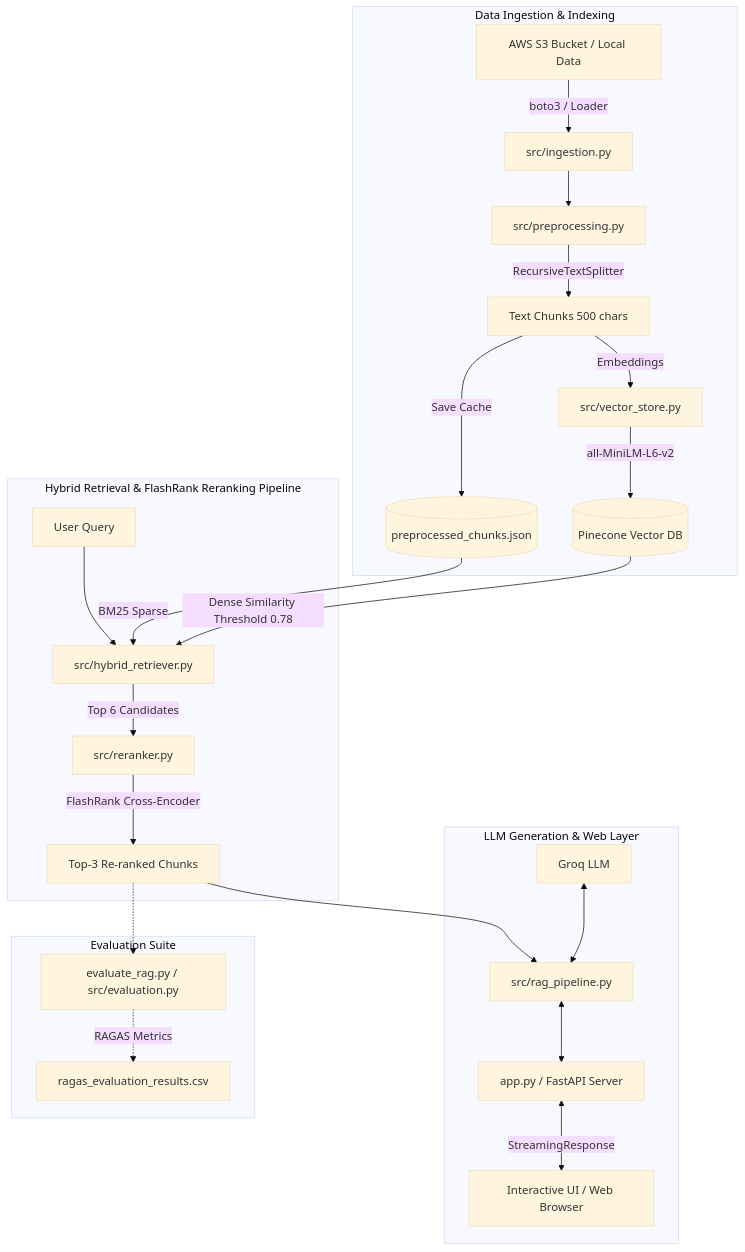
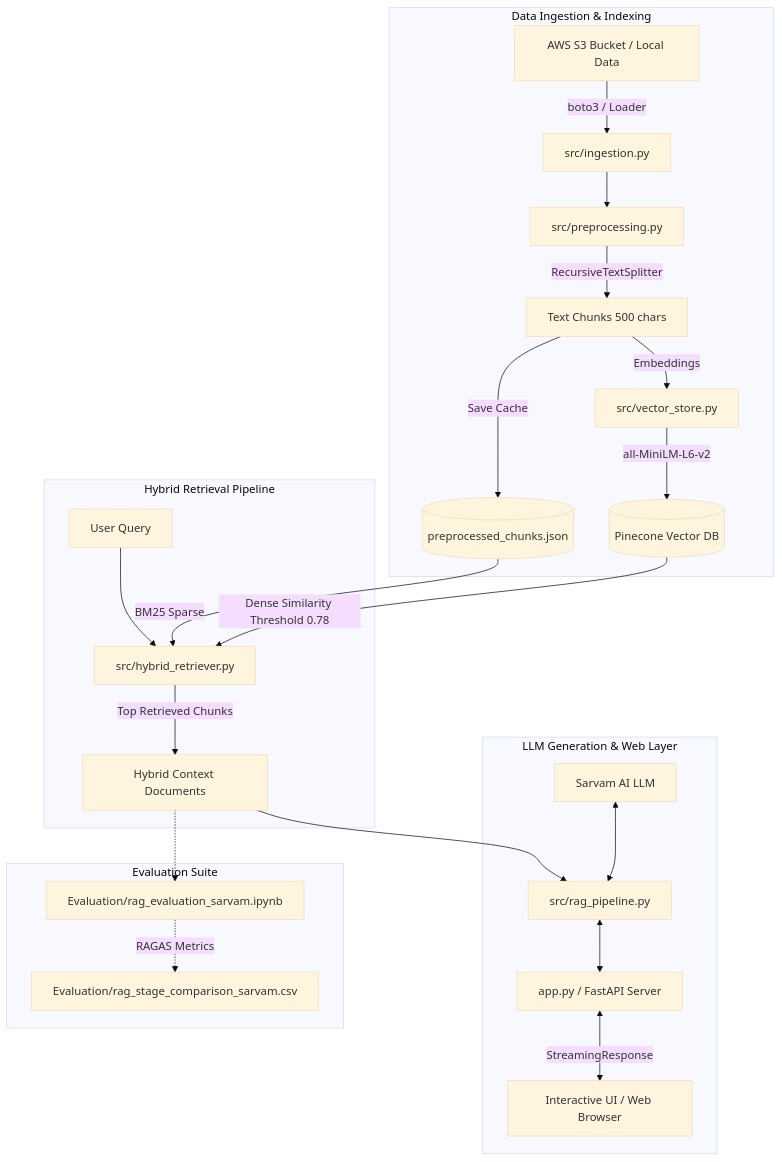
One commit to arup04/Medical-Chatbot-Project changed the diagram in README.md. Above: the diagram before and after it, drawn with Mermaid (base theme). The commit also changed other lines of this file and 9 other files, not shown here.

Commit message:
refactor: remove FlashRank reranker and retain Stage 3 Hybrid BM25 retrieval based on   Sarvam AI evaluation

````diff
--- a/README.md
+++ b/README.md
@@ -23,31 +21,30 @@
 ```mermaid
 graph TD
     subgraph Data Ingestion & Indexing
         A[AWS S3 Bucket / Local Data] -->|boto3 / Loader| B[src/ingestion.py]
         B --> C[src/preprocessing.py]
         C -->|RecursiveTextSplitter| D[Text Chunks 500 chars]
         D -->|Save Cache| E[(preprocessed_chunks.json)]
         D -->|Embeddings| F[src/vector_store.py]
         F -->|all-MiniLM-L6-v2| G[(Pinecone Vector DB)]
     end
 
-    subgraph Hybrid Retrieval & FlashRank Reranking Pipeline
+    subgraph Hybrid Retrieval Pipeline
         H[User Query] --> I[src/hybrid_retriever.py]
         E -->|BM25 Sparse| I
         G -->|Dense Similarity Threshold 0.78| I
-        I -->|Top 6 Candidates| J[src/reranker.py]
-        J -->|FlashRank Cross-Encoder| K[Top-3 Re-ranked Chunks]
+        I -->|Top Retrieved Chunks| K[Hybrid Context Documents]
     end
 
     subgraph LLM Generation & Web Layer
         K --> L[src/rag_pipeline.py]
-        M[Groq LLM] <--> L
+        M[Sarvam AI LLM] <--> L
         L <--> N[app.py / FastAPI Server]
         N <-->|StreamingResponse| O[Interactive UI / Web Browser]
     end
 
     subgraph Evaluation Suite
-        K -.-> P[evaluate_rag.py / src/evaluation.py]
-        P -.->|RAGAS Metrics| Q[ragas_evaluation_results.csv]
+        K -.-> P[Evaluation/rag_evaluation_sarvam.ipynb]
+        P -.->|RAGAS Metrics| Q[Evaluation/rag_stage_comparison_sarvam.csv]
     end
 ```
````
